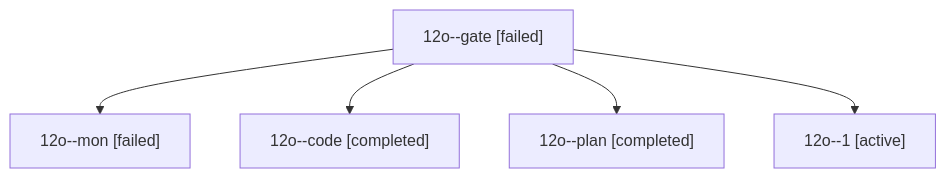
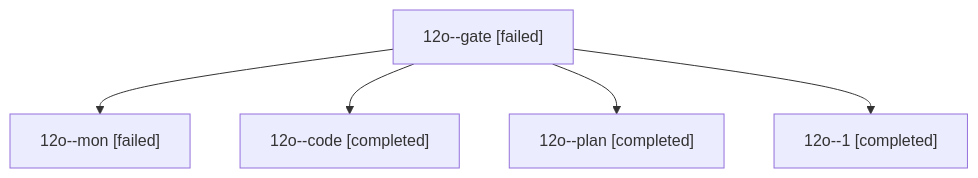
The diagram in sessions/bbugyi200.athena.12o.md (bobs-org/bob-cli--agents), drawn with Mermaid before and after one commit. The commit also changed other lines of this file and 22 other files, not shown here.

````diff
--- a/sessions/bbugyi200.athena.12o.md
+++ b/sessions/bbugyi200.athena.12o.md
@@ -9,12 +9,12 @@
 ```mermaid
 flowchart TD
   n0["12o--gate [failed]"]
   n1["12o--mon [failed]"]
   n0 --> n1
   n2["12o--code [completed]"]
   n0 --> n2
   n3["12o--plan [completed]"]
   n0 --> n3
-  n4["12o--1 [active]"]
+  n4["12o--1 [completed]"]
   n0 --> n4
 ```
````
